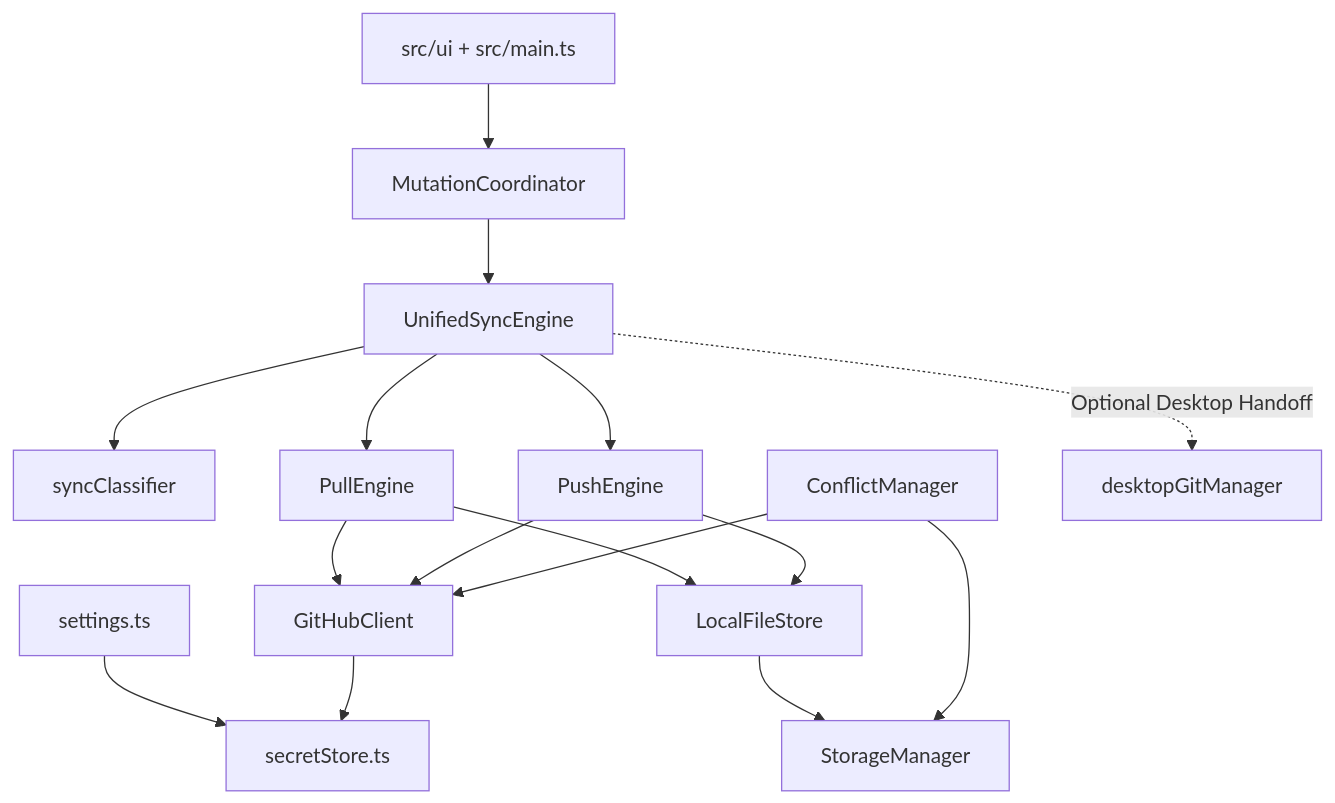
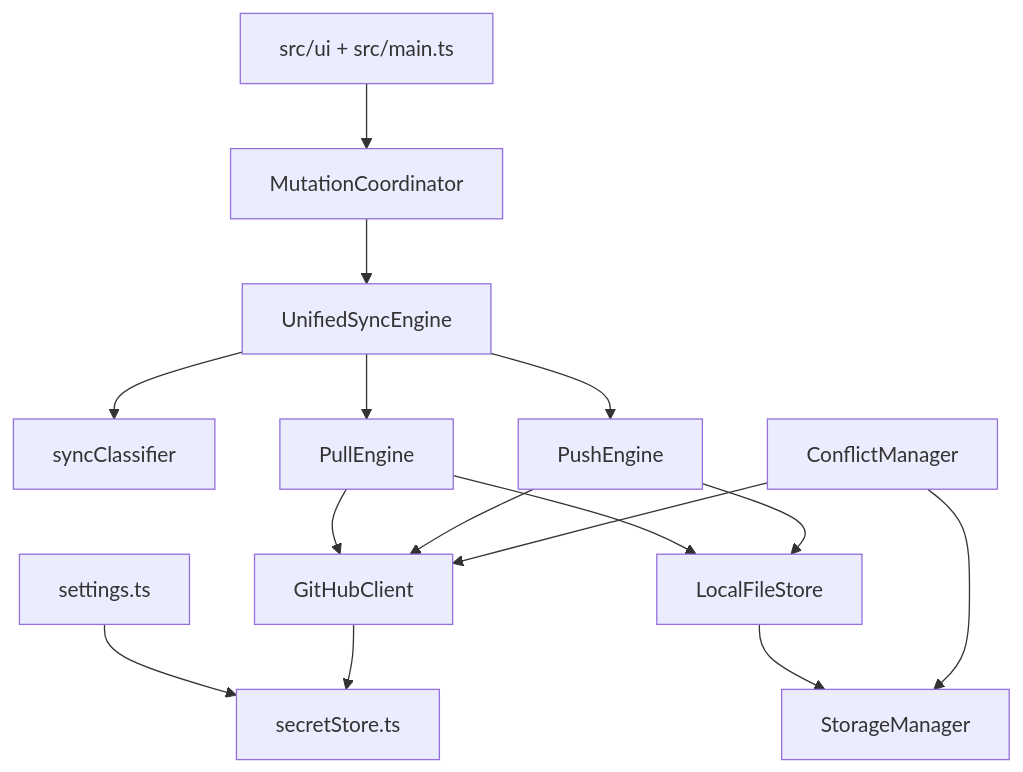
Before and after one commit to ankhang0704/github-vault-relay: the second of 3 diagrams in docs/ARCHITECTURE.md, drawn with Mermaid. The commit also changed other lines of this file and 25 other files, not shown here.

````diff
--- a/docs/ARCHITECTURE.md
+++ b/docs/ARCHITECTURE.md
@@ -21,18 +21,17 @@
 ```mermaid
 flowchart TD
     UI[src/ui + src/main.ts] --> Lease[MutationCoordinator]
     Lease --> Unified[UnifiedSyncEngine]
     Unified --> Classifier[syncClassifier]
     Unified --> Pull[PullEngine]
     Unified --> Push[PushEngine]
     Pull --> Client[GitHubClient]
     Push --> Client
     Pull --> LocalStore[LocalFileStore]
     Push --> LocalStore
     LocalStore --> Store[StorageManager]
     Conf[ConflictManager] --> Client
     Conf --> Store
     Settings[settings.ts] --> Secrets[secretStore.ts]
     Client --> Secrets
-    Unified -.->|Optional Desktop Handoff| DesktopGit[desktopGitManager]
 ```
````
